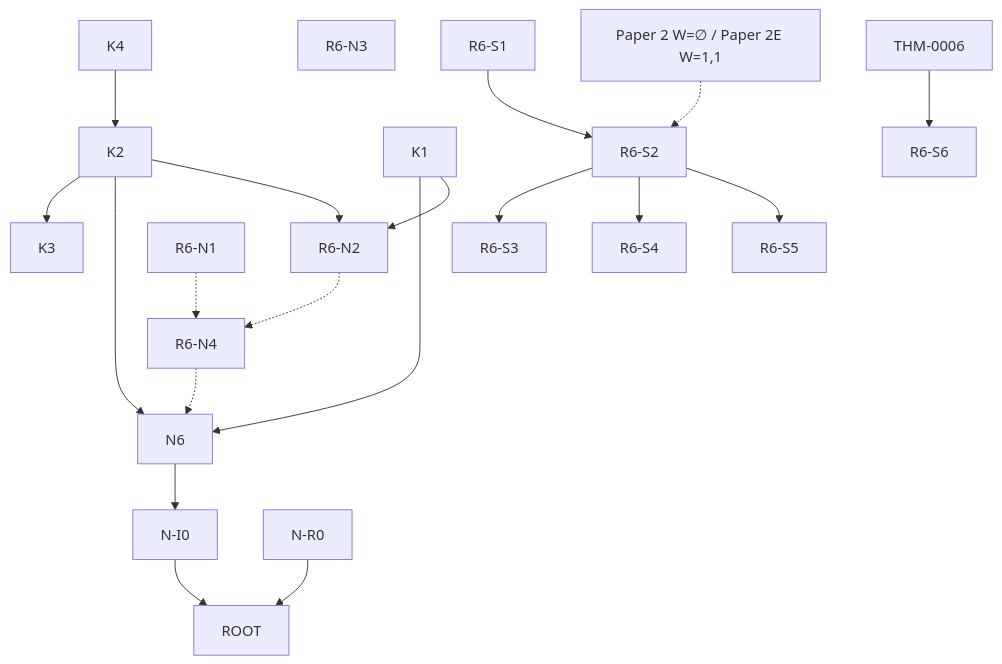
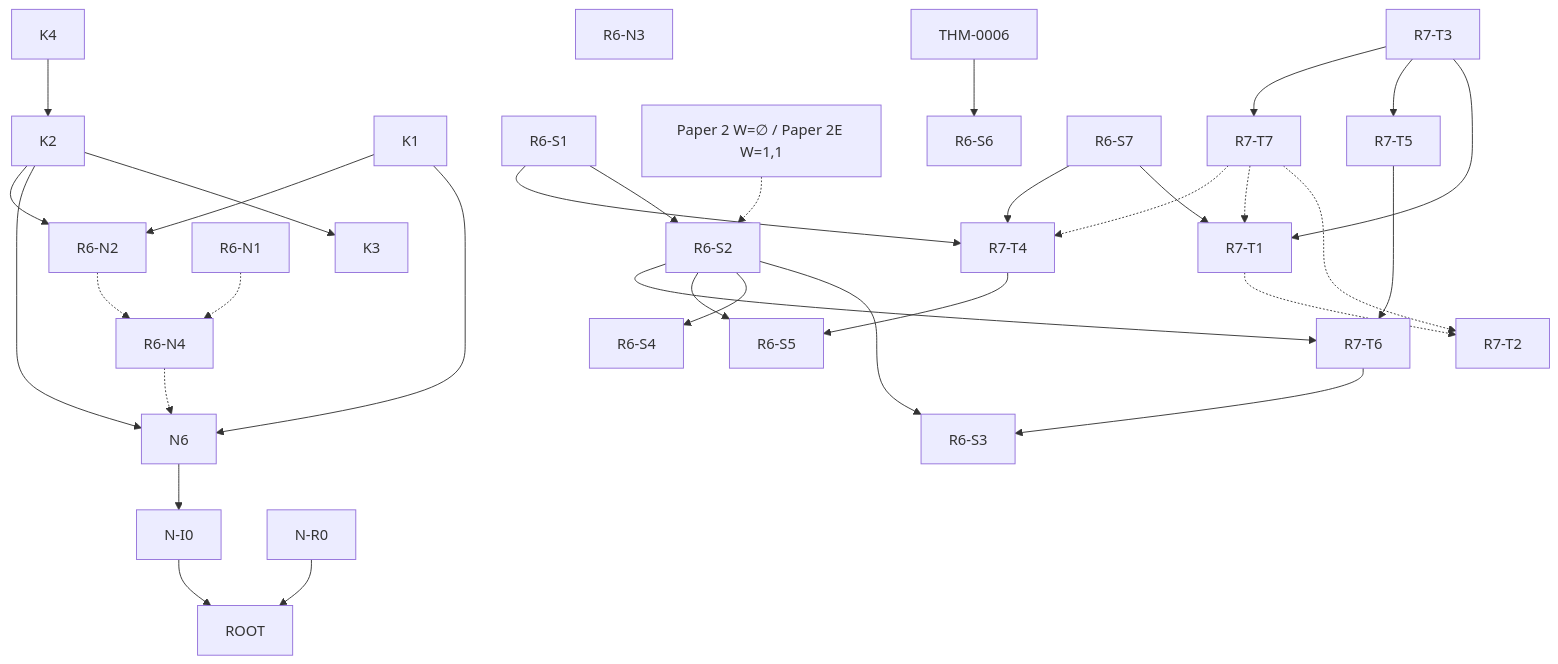
One commit to Kisketch/epi-work-complete changed the diagram in PLAN_GRAPH.md. Above: the diagram before and after it, drawn with Mermaid. The commit also changed other lines of this file and 3 other files, not shown here.

````diff
--- a/PLAN_GRAPH.md
+++ b/PLAN_GRAPH.md
@@ -164,22 +247,36 @@
 ```mermaid
 graph TD
   K4 --> K2
   K2 --> K3
   K1 --> N6
   K2 --> N6
   N6 --> N-I0
   N-I0 --> ROOT
   N-R0 --> ROOT
   K1 --> R6-N2
   K2 --> R6-N2
   R6-N1 -.-> R6-N4
   R6-N2 -.-> R6-N4
   R6-N4 -.-> N6
   R6-N3
   R6-S1 --> R6-S2
   R6-S2 --> R6-S3
   R6-S2 --> R6-S4
   R6-S2 --> R6-S5
   CAL[Paper 2 W=∅ / Paper 2E W=1,1] -.-> R6-S2
   THM0006[THM-0006] --> R6-S6
+  R6-S7 --> R7-T1
+  R7-T3 --> R7-T1
+  R7-T3 --> R7-T5
+  R7-T3 --> R7-T7
+  R7-T1 -.-> R7-T2
+  R7-T7 -.-> R7-T2
+  R7-T7 -.-> R7-T1
+  R6-S1 --> R7-T4
+  R6-S7 --> R7-T4
+  R7-T7 -.-> R7-T4
+  R6-S2 --> R7-T6
+  R7-T5 --> R7-T6
+  R7-T6 --> R6-S3
+  R7-T4 --> R6-S5
 ```
````
